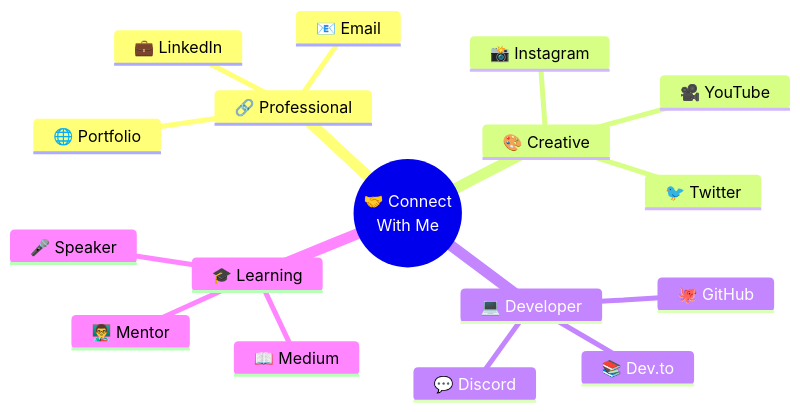
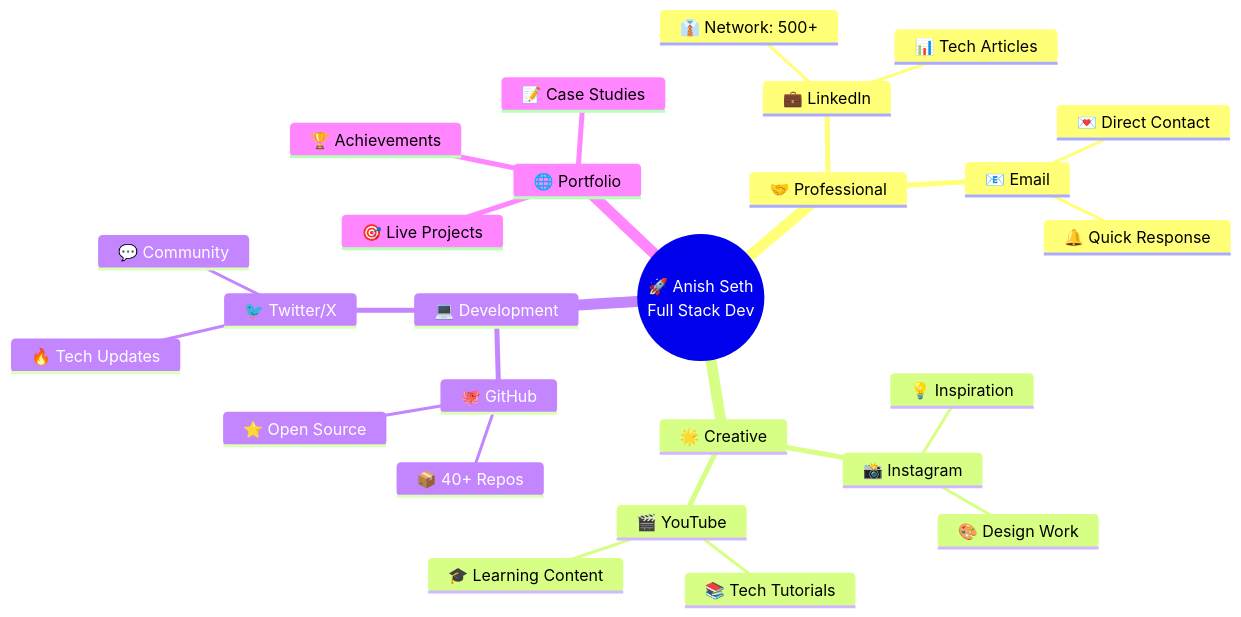
Before and after one commit to Anish-2005/Anish-2005: the eighth of 8 diagrams in README.md, drawn with Mermaid. The commit also changed other lines of this file, not shown here.

````diff
--- a/README.md
+++ b/README.md
@@ -1300,20 +689,29 @@
 ```mermaid
 mindmap
-  root((🤝 Connect<br/>With Me))
-    🔗 Professional
+  root((🚀 Anish Seth<br/>Full Stack Dev))
+    🤝 Professional
       💼 LinkedIn
+        👔 Network: 500+
+        📊 Tech Articles
       📧 Email
-      🌐 Portfolio
-    🎨 Creative
+        💌 Direct Contact
+        🔔 Quick Response
+    🌟 Creative
       📸 Instagram
-      🐦 Twitter
-      🎥 YouTube
-    💻 Developer
+        🎨 Design Work
+        💡 Inspiration
+      🎬 YouTube
+        📚 Tech Tutorials
+        🎓 Learning Content
+    💻 Development
       🐙 GitHub
-      📚 Dev.to
-      💬 Discord
-    🎓 Learning
-      📖 Medium
-      🎤 Speaker
-      👨‍🏫 Mentor
+        📦 40+ Repos
+        ⭐ Open Source
+      🐦 Twitter/X
+        🔥 Tech Updates
+        💬 Community
+    🌐 Portfolio
+      🎯 Live Projects
+      🏆 Achievements
+      📝 Case Studies
 ```
````
